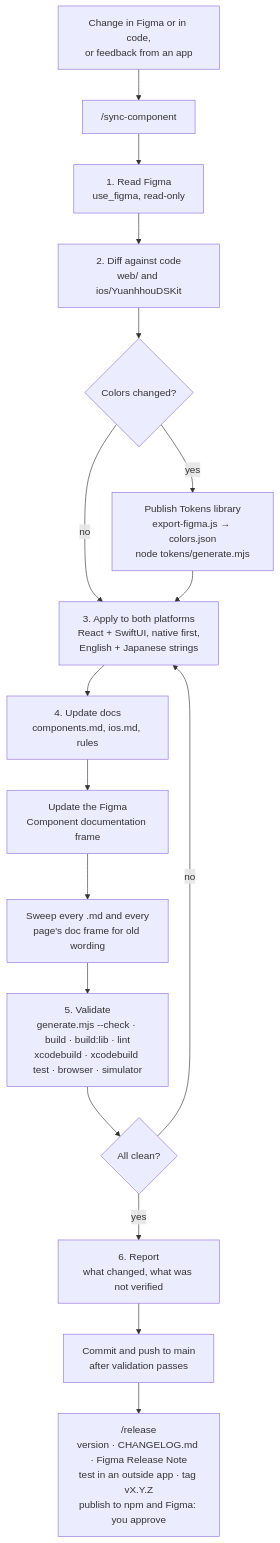
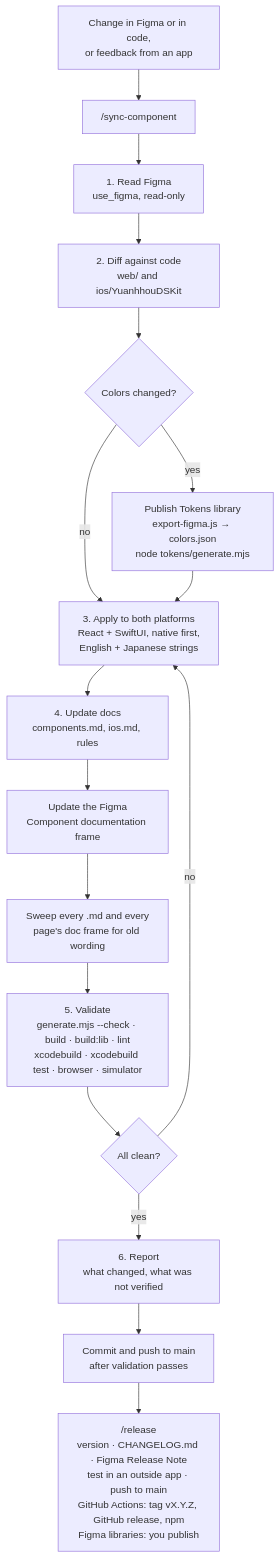
One commit to k619tw/yuanhhou-design-system changed the second of 3 diagrams in docs/workflow.md. Above: the diagram before and after it, drawn with Mermaid. The commit also changed 3 other files, not shown here.

First line of the commit message:
Publish releases from GitHub Actions

````diff
--- a/docs/workflow.md
+++ b/docs/workflow.md
@@ -59,19 +59,19 @@
 ```mermaid
 flowchart TD
   A["Change in Figma or in code,<br/>or feedback from an app"] --> B["/sync-component"]
   B --> R["1. Read Figma<br/>use_figma, read-only"]
   R --> D["2. Diff against code<br/>web/ and ios/YuanhhouDSKit"]
   D --> K{"Colors changed?"}
   K -- yes --> P["Publish Tokens library<br/>export-figma.js → colors.json<br/>node tokens/generate.mjs"]
   K -- no --> AP
   P --> AP["3. Apply to both platforms<br/>React + SwiftUI, native first,<br/>English + Japanese strings"]
   AP --> DOC["4. Update docs<br/>components.md, ios.md, rules"]
   DOC --> FR["Update the Figma<br/>Component documentation frame"]
   FR --> SW["Sweep every .md and every<br/>page's doc frame for old wording"]
   SW --> V["5. Validate<br/>generate.mjs --check · build · build:lib · lint<br/>xcodebuild · xcodebuild test · browser · simulator"]
   V --> OK{"All clean?"}
   OK -- no --> AP
   OK -- yes --> REP["6. Report<br/>what changed, what was not verified"]
   REP --> CP["Commit and push to main<br/>after validation passes"]
-  CP --> REL["/release<br/>version · CHANGELOG.md · Figma Release Note<br/>test in an outside app · tag vX.Y.Z<br/>publish to npm and Figma: you approve"]
+  CP --> REL["/release<br/>version · CHANGELOG.md · Figma Release Note<br/>test in an outside app · push to main<br/>GitHub Actions: tag vX.Y.Z, GitHub release, npm<br/>Figma libraries: you publish"]
 ```
````
